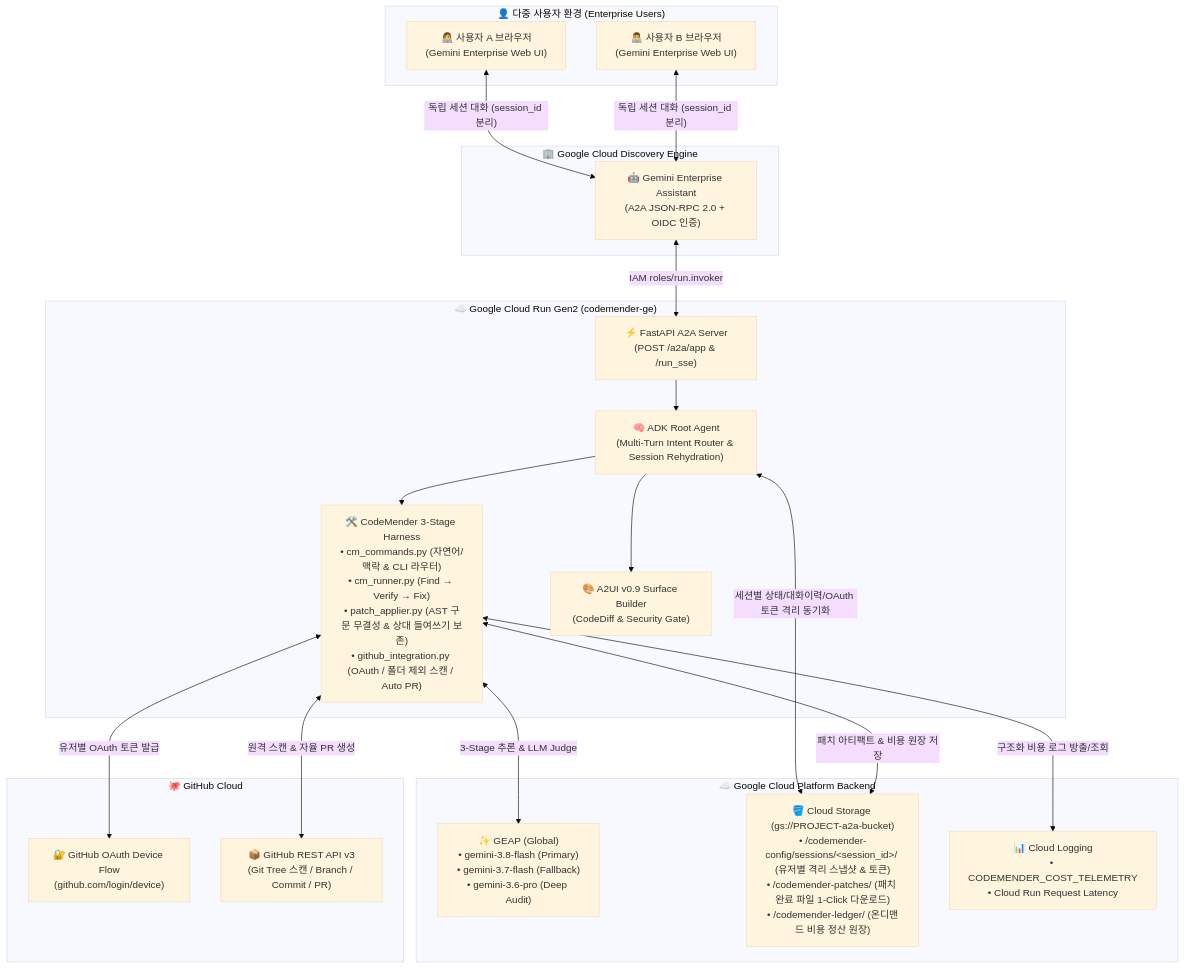
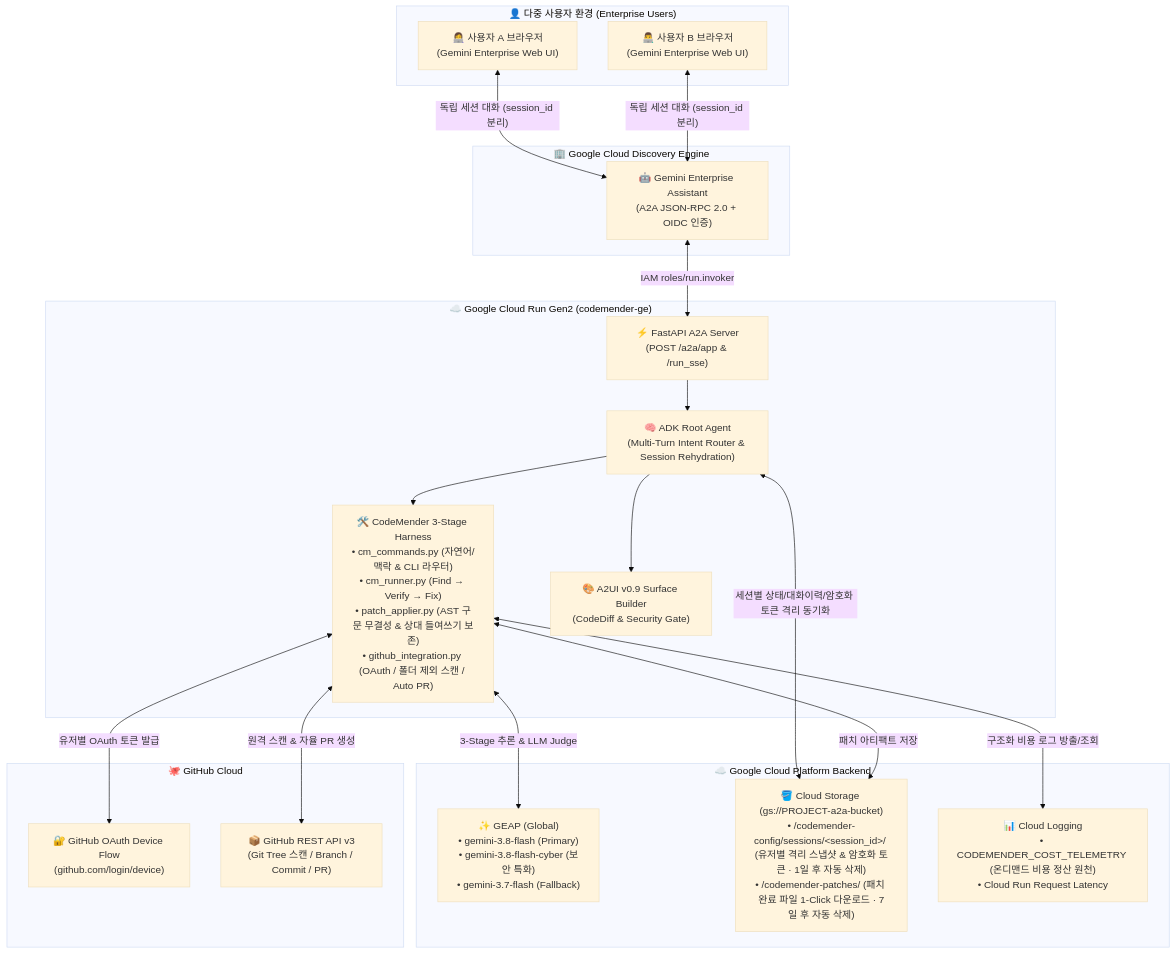
One commit to ldu1225/codemender-ge changed the first of 4 diagrams in README.md. Above: the diagram before and after it, drawn with Mermaid (base theme). The commit also changed other lines of this file and 4 other files, not shown here.

````diff
--- a/README.md
+++ b/README.md
@@ -58,42 +58,42 @@
 ```mermaid
 flowchart TB
     subgraph Users["👤 다중 사용자 환경 (Enterprise Users)"]
         UserA["👩‍💻 사용자 A 브라우저<br/>(Gemini Enterprise Web UI)"]
         UserB["👨‍💻 사용자 B 브라우저<br/>(Gemini Enterprise Web UI)"]
     end
 
     subgraph GE["🏢 Google Cloud Discovery Engine"]
         Assistant["🤖 Gemini Enterprise Assistant<br/>(A2A JSON-RPC 2.0 + OIDC 인증)"]
     end
 
     subgraph CloudRun["☁️ Google Cloud Run Gen2 (codemender-ge)"]
         FastAPI["⚡ FastAPI A2A Server<br/>(POST /a2a/app & /run_sse)"]
         Agent["🧠 ADK Root Agent<br/>(Multi-Turn Intent Router & Session Rehydration)"]
         Harness["🛠️ CodeMender 3-Stage Harness<br/>• cm_commands.py (자연어/맥락 & CLI 라우터)<br/>• cm_runner.py (Find → Verify → Fix)<br/>• patch_applier.py (AST 구문 무결성 & 상대 들여쓰기 보존)<br/>• github_integration.py (OAuth / 폴더 제외 스캔 / Auto PR)"]
         A2UI["🎨 A2UI v0.9 Surface Builder<br/>(CodeDiff & Security Gate)"]
 
         FastAPI --> Agent
         Agent --> Harness
         Agent --> A2UI
     end
 
     subgraph GCP["☁️ Google Cloud Platform Backend"]
-        GEAP["✨ GEAP (Global)<br/>• gemini-3.8-flash (Primary)<br/>• gemini-3.7-flash (Fallback)<br/>• gemini-3.6-pro (Deep Audit)"]
-        GCS["🪣 Cloud Storage (gs://PROJECT-a2a-bucket)<br/>• /codemender-config/sessions/&lt;session_id&gt;/ (유저별 격리 스냅샷 & 토큰)<br/>• /codemender-patches/ (패치 완료 파일 1-Click 다운로드)<br/>• /codemender-ledger/ (온디맨드 비용 정산 원장)"]
-        Logging["📊 Cloud Logging<br/>• CODEMENDER_COST_TELEMETRY<br/>• Cloud Run Request Latency"]
+        GEAP["✨ GEAP (Global)<br/>• gemini-3.8-flash (Primary)<br/>• gemini-3.8-flash-cyber (보안 특화)<br/>• gemini-3.7-flash (Fallback)"]
+        GCS["🪣 Cloud Storage (gs://PROJECT-a2a-bucket)<br/>• /codemender-config/sessions/&lt;session_id&gt;/ (유저별 격리 스냅샷 & 암호화 토큰 · 1일 후 자동 삭제)<br/>• /codemender-patches/ (패치 완료 파일 1-Click 다운로드 · 7일 후 자동 삭제)"]
+        Logging["📊 Cloud Logging<br/>• CODEMENDER_COST_TELEMETRY (온디맨드 비용 정산 원천)<br/>• Cloud Run Request Latency"]
     end
 
     subgraph GitHub["🐙 GitHub Cloud"]
         DeviceFlow["🔐 GitHub OAuth Device Flow<br/>(github.com/login/device)"]
         GHAPI["📦 GitHub REST API v3<br/>(Git Tree 스캔 / Branch / Commit / PR)"]
     end
 
     UserA & UserB <-->|"독립 세션 대화 (session_id 분리)"| Assistant
     Assistant <-->|"IAM roles/run.invoker"| FastAPI
     Harness <-->|"3-Stage 추론 & LLM Judge"| GEAP
-    Agent <-->|"세션별 상태/대화이력/OAuth 토큰 격리 동기화"| GCS
-    Harness <-->|"패치 아티팩트 & 비용 원장 저장"| GCS
+    Agent <-->|"세션별 상태/대화이력/암호화 토큰 격리 동기화"| GCS
+    Harness <-->|"패치 아티팩트 저장"| GCS
     Harness <-->|"구조화 비용 로그 방출/조회"| Logging
     Harness <-->|"유저별 OAuth 토큰 발급"| DeviceFlow
     Harness <-->|"원격 스캔 & 자율 PR 생성"| GHAPI
 ```
````
